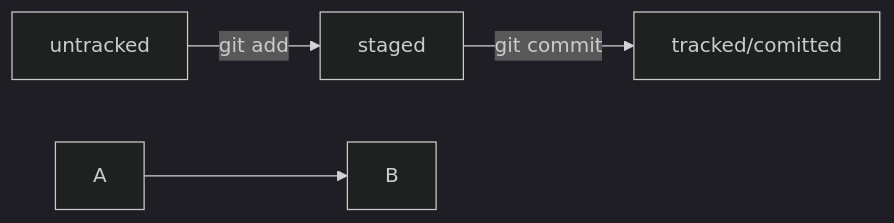
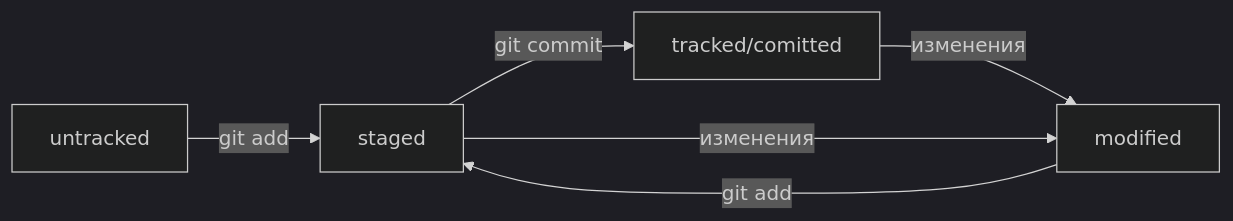
Before and after one commit to Anatoliy-Lebedev/AboutGit: the diagram in README.md, drawn with Mermaid (dark theme).

Commit message:
Добавить в раздел о статусах mermaid-схему

````diff
--- a/README.md
+++ b/README.md
@@ -199,8 +199,9 @@
 ```mermaid
 graph LR;
   untracked -- "git add" --> staged;
   staged    -- "git commit" --> tracked/comitted;
+  tracked/comitted   -- "изменения" --> modified;
+  modified -- "git add" --> staged;
+  staged   -- "изменения" --> modified;
 
-%% стрелка без текста для примера: 
-  A --> B;
 ``` 
````
